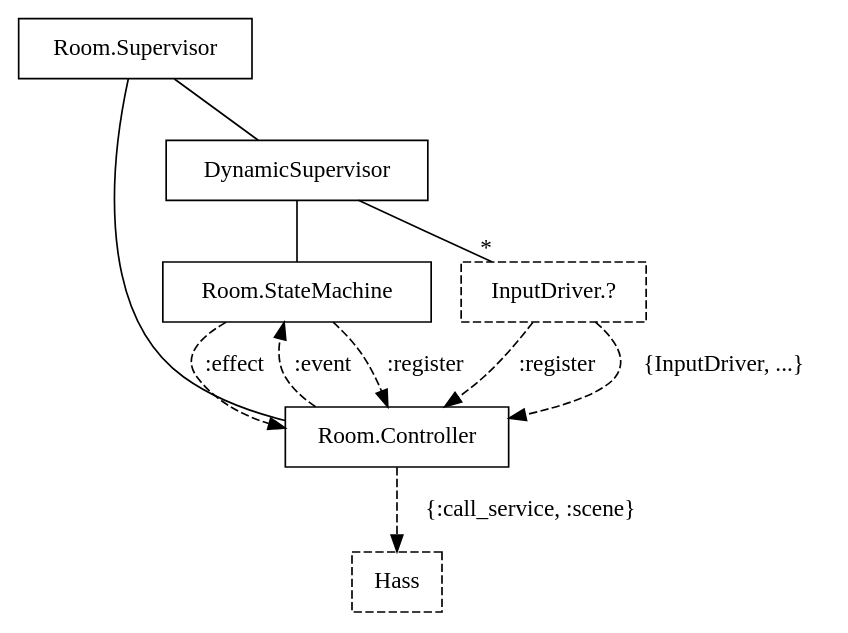
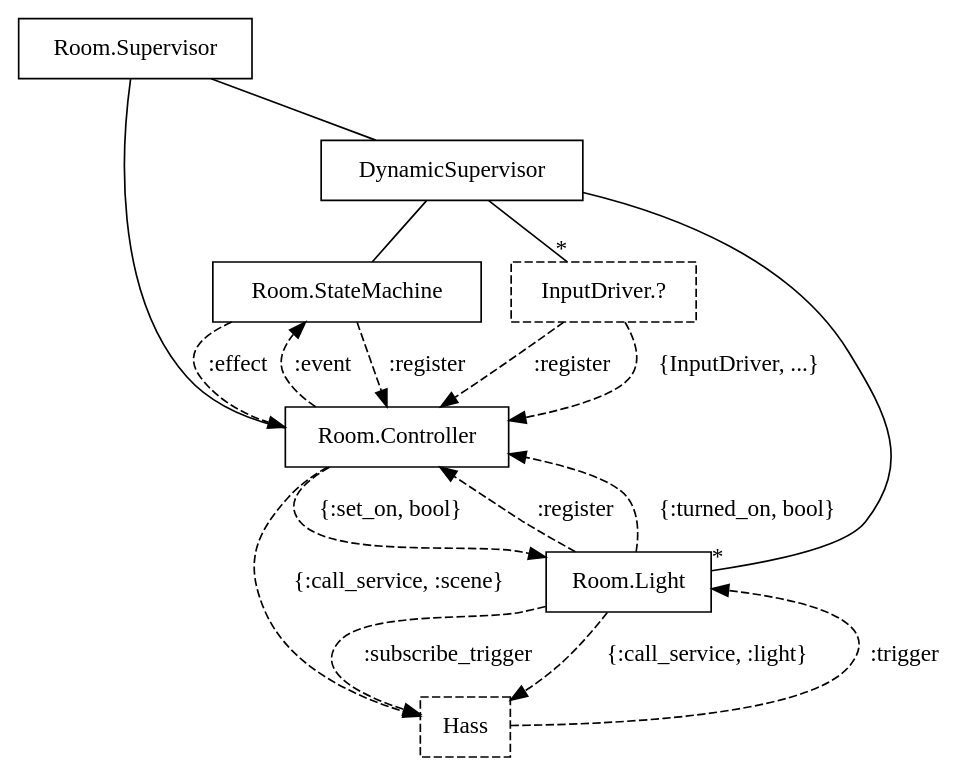
One commit to ggazzi/elightscape changed the diagram in lib/room/processes.dot. Above: the diagram before and after it, drawn with Graphviz. The commit also changed 5 other files, not shown here.

```diff
--- a/lib/room/processes.dot
+++ b/lib/room/processes.dot
@@ -1,32 +1,42 @@
 digraph {
     node [shape = rect;];
     RoomSupervisor [label = "Room.Supervisor";];
     Controller [label = "Room.Controller";];
     DynamicSupervisor;
     StateMachine [label = "Room.StateMachine";];
+    Light [label = "Room.Light";];
     InputDriver [label = "InputDriver.?";style = dashed;];
     Hass [style = dashed;];
 
     subgraph {
         // Links
         edge [dir = none;];
         RoomSupervisor -> Controller;
         RoomSupervisor -> DynamicSupervisor;
         DynamicSupervisor -> StateMachine;
+        DynamicSupervisor -> Light [headlabel = "*";];
         DynamicSupervisor -> InputDriver [headlabel = "*";];
     }
 
     subgraph {
         // Messages
         edge [style = dashed;];
 
         Controller -> StateMachine [label = ":event"; constraint = false;];
         StateMachine -> Controller [label = ":register";];
         StateMachine -> Controller [label = ":effect";];
 
         Controller -> Hass [label = "{:call_service, :scene}";];
 
+        Light -> Controller [label = ":register";];
+        Controller -> Light [label = "{:set_on, bool}";];
+        Light -> Controller [label = "{:turned_on, bool}";];
+
+        Light -> Hass [label = ":subscribe_trigger";];
+        Hass -> Light [label = ":trigger";];
+        Light -> Hass [label = "{:call_service, :light}";];
+
         InputDriver -> Controller [label = ":register";];
         InputDriver -> Controller [label = "{InputDriver, ...}";];
     }
 }
```
